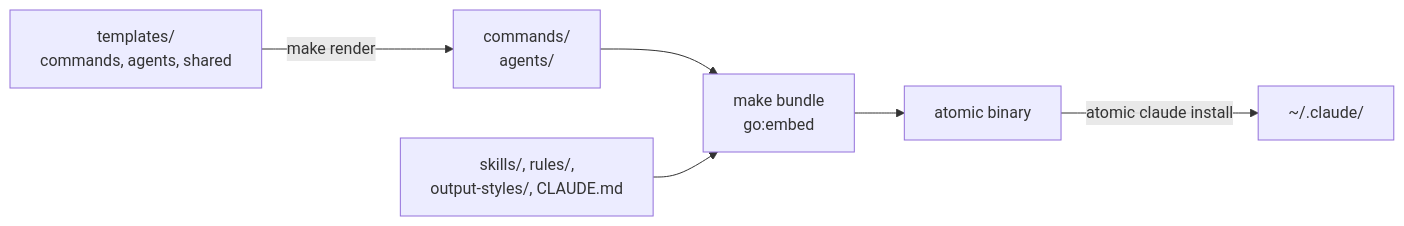
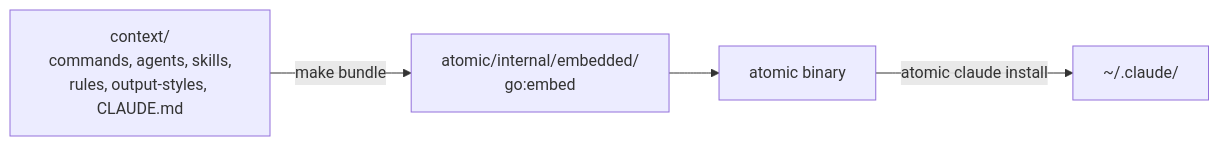
The diagram in docs/wiki/index.md (damusix/atomic-claude), drawn with Mermaid before and after one commit. The commit also changed other lines of this file and 128 other files, not shown here.

````diff
--- a/docs/wiki/index.md
+++ b/docs/wiki/index.md
@@ -18,8 +18,6 @@
 ```mermaid
 flowchart LR
-    T["templates/<br/>commands, agents, shared"] -->|make render| R["commands/<br/>agents/"]
-    R --> B["make bundle<br/>go:embed"]
-    S["skills/, rules/,<br/>output-styles/, CLAUDE.md"] --> B
-    B --> BIN["atomic binary"]
+    CTX["context/<br/>commands, agents, skills,<br/>rules, output-styles, CLAUDE.md"] -->|make bundle| EMB["atomic/internal/embedded/<br/>go:embed"]
+    EMB --> BIN["atomic binary"]
     BIN -->|atomic claude install| H["~/.claude/"]
 ```
````
